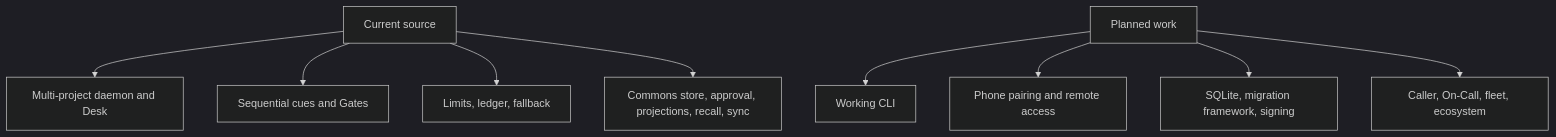
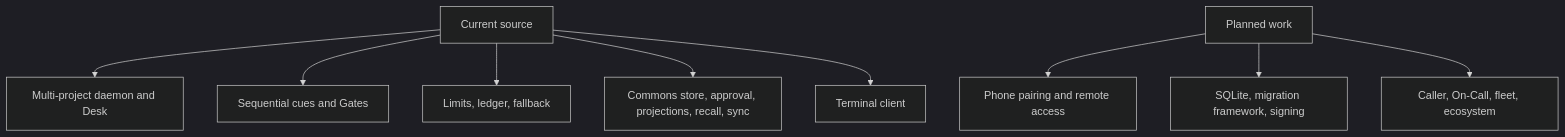
One commit to npyrz/Cuesheet changed the third of 3 diagrams in docs/system-design/architecture.md. Above: the diagram before and after it, drawn with Mermaid (dark theme). The commit also changed other lines of this file and 8 other files, not shown here.

First line of the commit message:
Add terminal CLI and docs for daemon client

````diff
--- a/docs/system-design/architecture.md
+++ b/docs/system-design/architecture.md
@@ -81,15 +81,16 @@
 ```mermaid
 flowchart TB
     Current[Current source]
     Planned[Planned work]
 
     Current --> C1[Multi-project daemon and Desk]
     Current --> C2[Sequential cues and Gates]
     Current --> C3[Limits, ledger, fallback]
     Current --> C4[Commons store, approval, projections, recall, sync]
 
-    Planned --> P1[Working CLI]
-    Planned --> P2[Phone pairing and remote access]
-    Planned --> P3[SQLite, migration framework, signing]
-    Planned --> P4[Caller, On-Call, fleet, ecosystem]
+    Current --> C5[Terminal client]
+
+    Planned --> P1[Phone pairing and remote access]
+    Planned --> P2[SQLite, migration framework, signing]
+    Planned --> P3[Caller, On-Call, fleet, ecosystem]
 ```
````
